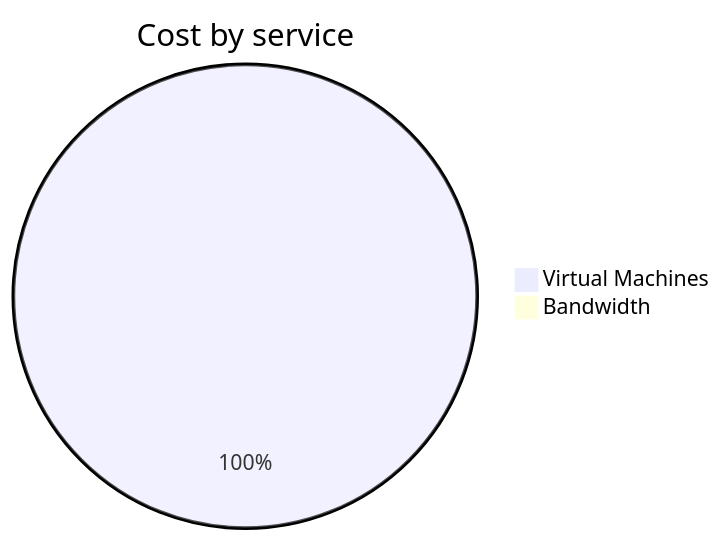
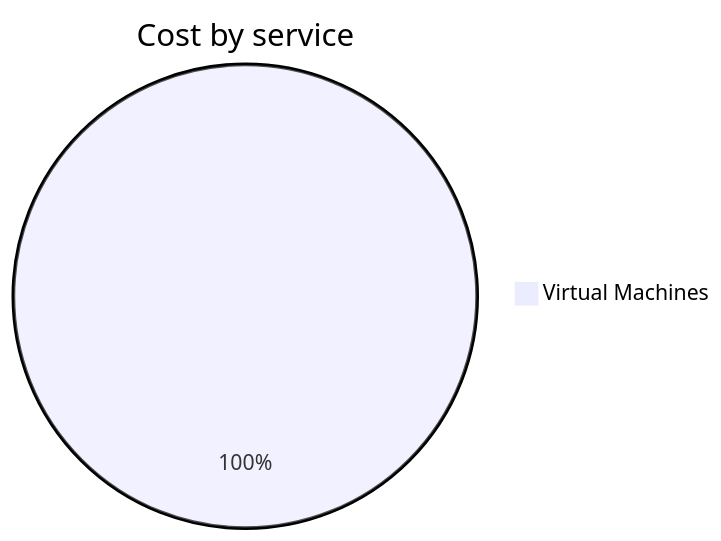
The second of 4 diagrams in cost-reports/personal-network/backup-server.md (jpfulton/azure-personal-reports), drawn with Mermaid before and after one commit. The commit also changed other lines of this file and 8 other files, not shown here.

````diff
--- a/cost-reports/personal-network/backup-server.md
+++ b/cost-reports/personal-network/backup-server.md
@@ -96,6 +93,5 @@
 ```mermaid
 pie
    title Cost by service
-   "Virtual Machines" : 5.40
-   "Bandwidth" : 0.00
+   "Virtual Machines" : 0.05
 ```
````
